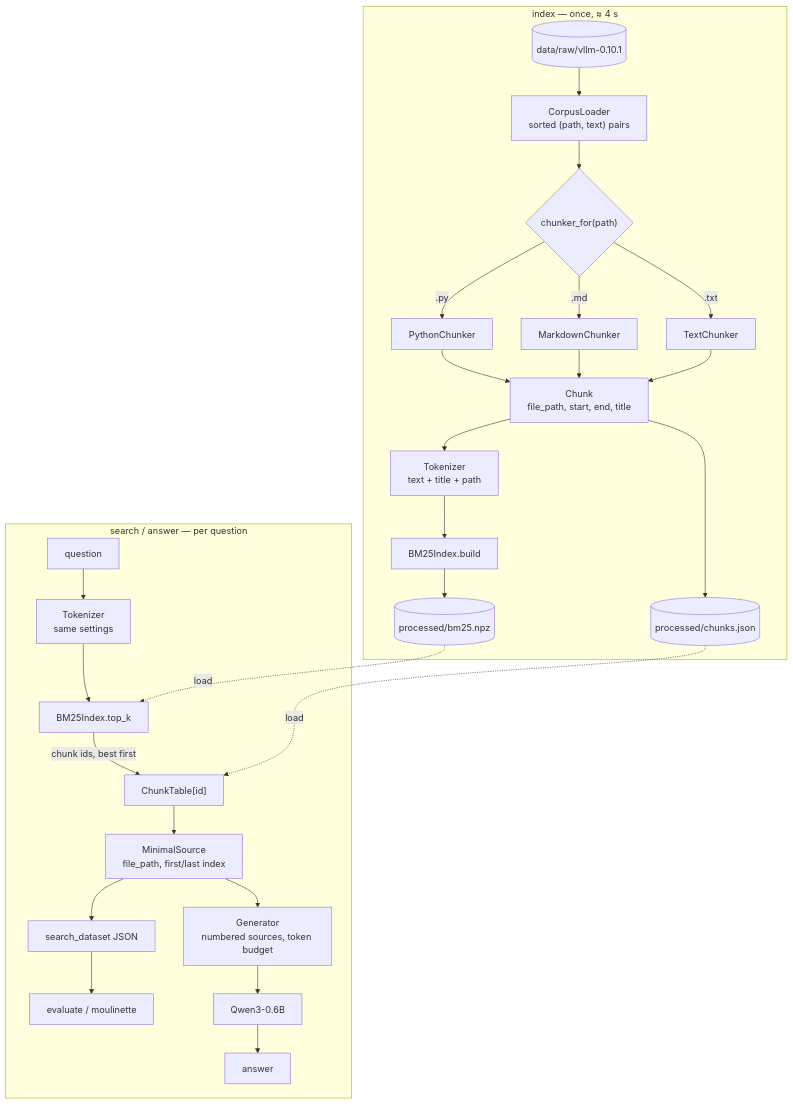
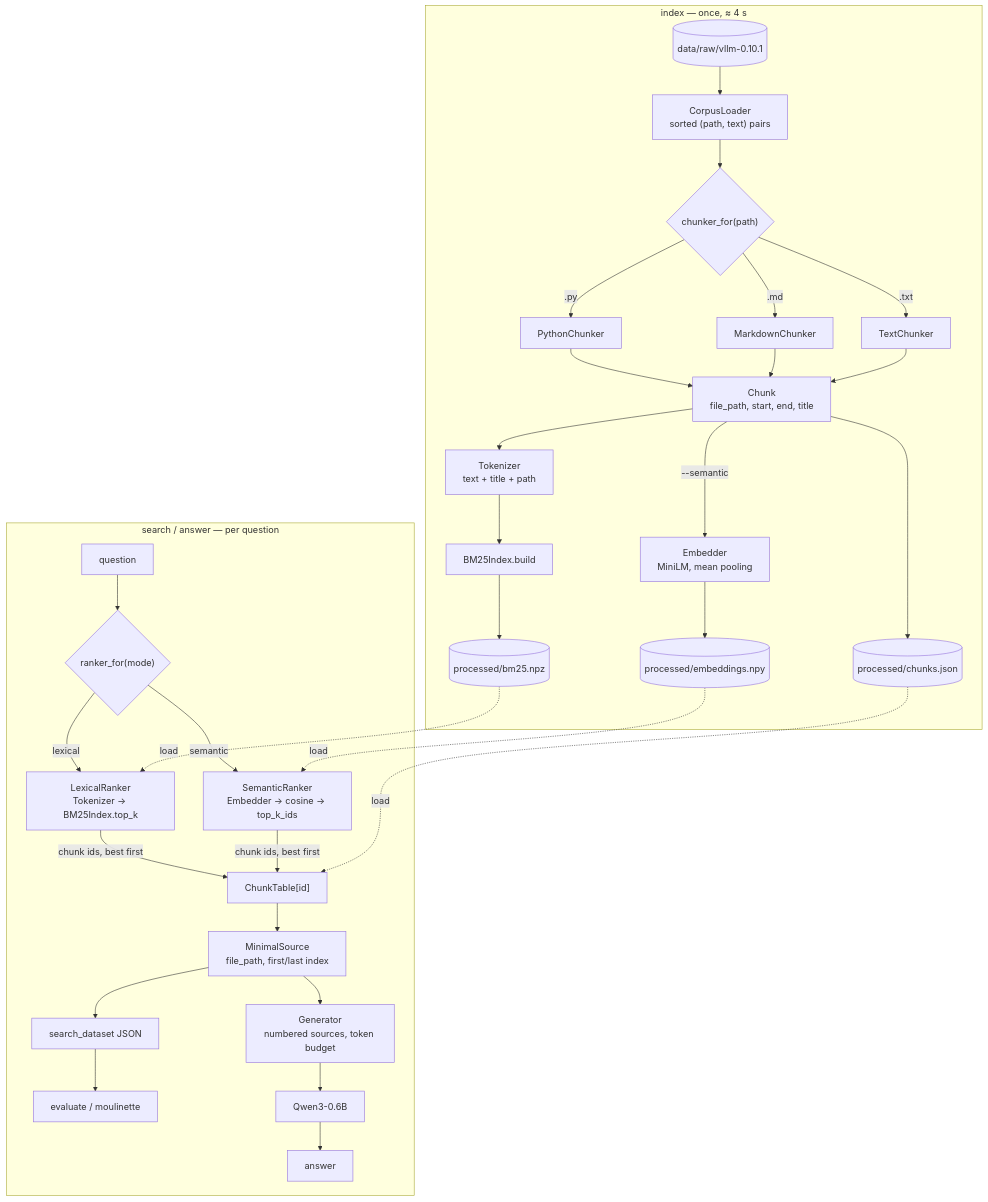
The diagram in README.md (creerghost/RAG_against_the_machine), drawn with Mermaid before and after one commit. The commit also changed other lines of this file, not shown here.

Commit message:
docs: embeddings info + optimization

````diff
--- a/README.md
+++ b/README.md
@@ -230,32 +235,37 @@
 ```mermaid
 flowchart TD
     subgraph INDEX["index — once, ≈ 4 s"]
         RAW[("data/raw/vllm-0.10.1")] --> LOAD["CorpusLoader<br/>sorted (path, text) pairs"]
         LOAD --> PICK{"chunker_for(path)"}
         PICK -->|".py"| PY["PythonChunker"]
         PICK -->|".md"| MD["MarkdownChunker"]
         PICK -->|".txt"| TXT["TextChunker"]
         PY --> CH["Chunk<br/>file_path, start, end, title"]
         MD --> CH
         TXT --> CH
         CH --> TOK1["Tokenizer<br/>text + title + path"]
         TOK1 --> BUILD["BM25Index.build"]
         BUILD --> NPZ[("processed/bm25.npz")]
         CH --> TABLE[("processed/chunks.json")]
+        CH -->|"--semantic"| EMB1["Embedder<br/>MiniLM, mean pooling"]
+        EMB1 --> NPY[("processed/embeddings.npy")]
     end
 
     subgraph QUERY["search / answer — per question"]
-        Q["question"] --> TOK2["Tokenizer<br/>same settings"]
-        TOK2 --> TOPK["BM25Index.top_k"]
-        TOPK -->|"chunk ids, best first"| MAP["ChunkTable[id]"]
+        Q["question"] --> RANK{"ranker_for(mode)"}
+        RANK -->|"lexical"| TOK2["LexicalRanker<br/>Tokenizer → BM25Index.top_k"]
+        RANK -->|"semantic"| COS["SemanticRanker<br/>Embedder → cosine → top_k_ids"]
+        TOK2 -->|"chunk ids, best first"| MAP["ChunkTable[id]"]
+        COS -->|"chunk ids, best first"| MAP
         MAP --> SRC["MinimalSource<br/>file_path, first/last index"]
         SRC --> OUT["search_dataset JSON"]
         OUT --> EVAL["evaluate / moulinette"]
         SRC --> GEN["Generator<br/>numbered sources, token budget"]
         GEN --> QWEN["Qwen3-0.6B"]
         QWEN --> ANS["answer"]
     end
 
-    NPZ -.->|"load"| TOPK
+    NPZ -.->|"load"| TOK2
+    NPY -.->|"load"| COS
     TABLE -.->|"load"| MAP
 ```
````
